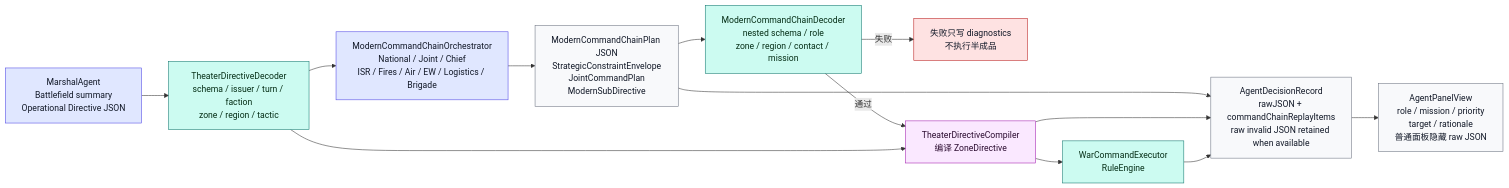
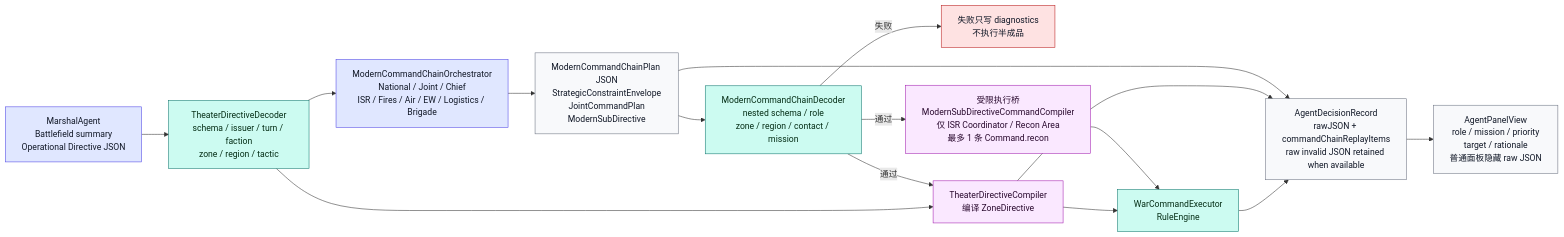
The eighth of 20 diagrams in md/flow/flowchart.md (Altman-sam114/127), drawn with Mermaid before and after one commit. The commit also changed other lines of this file and 10 other files, not shown here.

Commit message:
feat: bridge command-chain ISR recon

````diff
--- a/md/flow/flowchart.md
+++ b/md/flow/flowchart.md
@@ -232,29 +232,31 @@
 ```mermaid
 flowchart LR
     MARSHAL["MarshalAgent<br/>Battlefield summary<br/>Operational Directive JSON"]:::agent
     TDEC["TheaterDirectiveDecoder<br/>schema / issuer / turn / faction<br/>zone / region / tactic"]:::rules
     ORCH["ModernCommandChainOrchestrator<br/>National / Joint / Chief<br/>ISR / Fires / Air / EW / Logistics / Brigade"]:::agent
     CJSON["ModernCommandChainPlan JSON<br/>StrategicConstraintEnvelope<br/>JointCommandPlan<br/>ModernSubDirective"]:::data
     CDEC["ModernCommandChainDecoder<br/>nested schema / role<br/>zone / region / contact / mission"]:::rules
     FAIL["失败只写 diagnostics<br/>不执行半成品"]:::stop
+    ISR["受限执行桥<br/>ModernSubDirectiveCommandCompiler<br/>仅 ISR Coordinator / Recon Area<br/>最多 1 条 Command.recon"]:::command
     COMP["TheaterDirectiveCompiler<br/>编译 ZoneDirective"]:::command
     EXEC["WarCommandExecutor<br/>RuleEngine"]:::rules
     RECORD["AgentDecisionRecord<br/>rawJSON + commandChainReplayItems<br/>raw invalid JSON retained when available"]:::display
     PANEL["AgentPanelView<br/>role / mission / priority<br/>target / rationale<br/>普通面板隐藏 raw JSON"]:::display
 
     MARSHAL --> TDEC --> ORCH --> CJSON --> CDEC
+    CDEC -->|通过| ISR --> EXEC
     CDEC -->|通过| COMP --> EXEC
     CDEC -->|失败| FAIL
     TDEC --> COMP
     CJSON --> RECORD
     COMP --> RECORD
     EXEC --> RECORD
     RECORD --> PANEL
 
     classDef agent fill:#e0e7ff,stroke:#4f46e5,color:#111827
     classDef data fill:#f8f9fb,stroke:#6b7280,color:#111827
     classDef rules fill:#ccfbf1,stroke:#0f766e,color:#052e16
     classDef command fill:#fae8ff,stroke:#a21caf,color:#2a0a2f
     classDef display fill:#f8f9fb,stroke:#6b7280,color:#111827
     classDef stop fill:#fee2e2,stroke:#b91c1c,color:#111827
 ```
````
